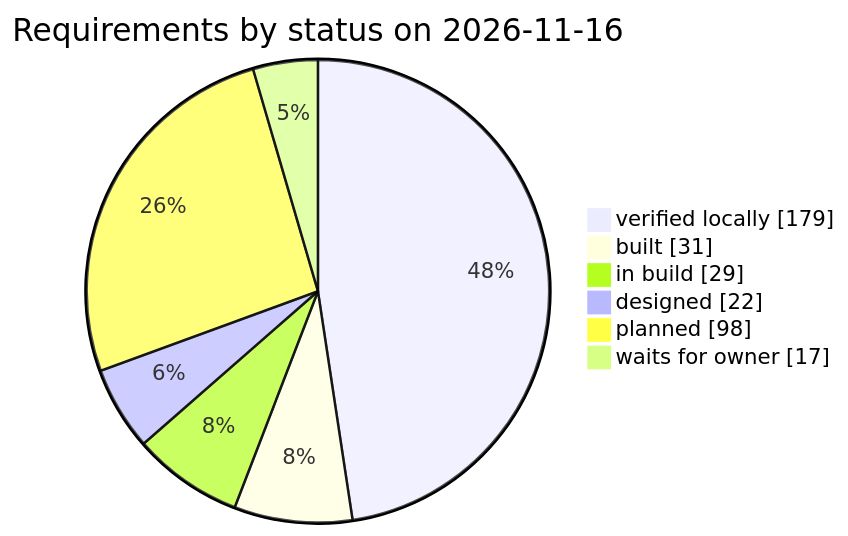
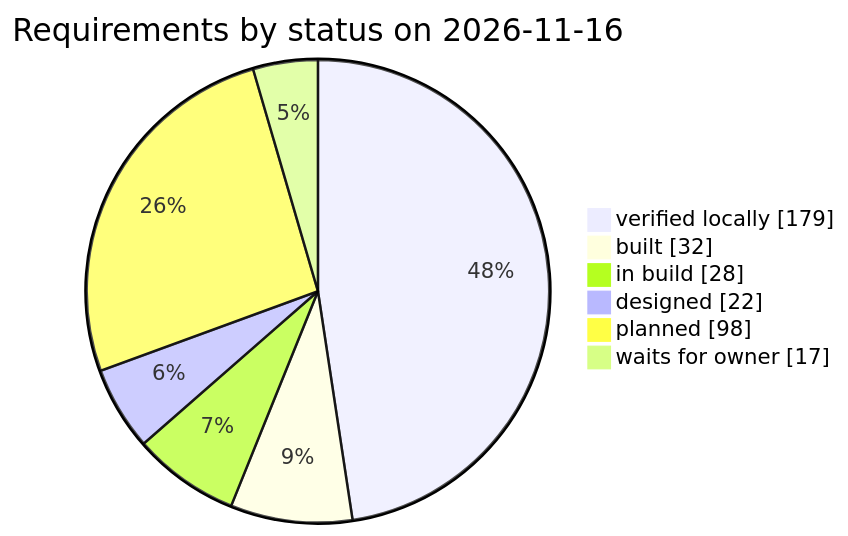
The third of 3 diagrams in docs/requirements.md (qa-io-vn/fnb-manager), drawn with Mermaid before and after one commit. The commit also changed other lines of this file and 53 other files, not shown here.

````diff
--- a/docs/requirements.md
+++ b/docs/requirements.md
@@ -982,10 +982,10 @@
 ```mermaid
 pie showData
     title Requirements by status on 2026-11-16
     "verified locally" : 179
-    "built" : 31
-    "in build" : 29
+    "built" : 32
+    "in build" : 28
     "designed" : 22
     "planned" : 98
     "waits for owner" : 17
 ```
````
